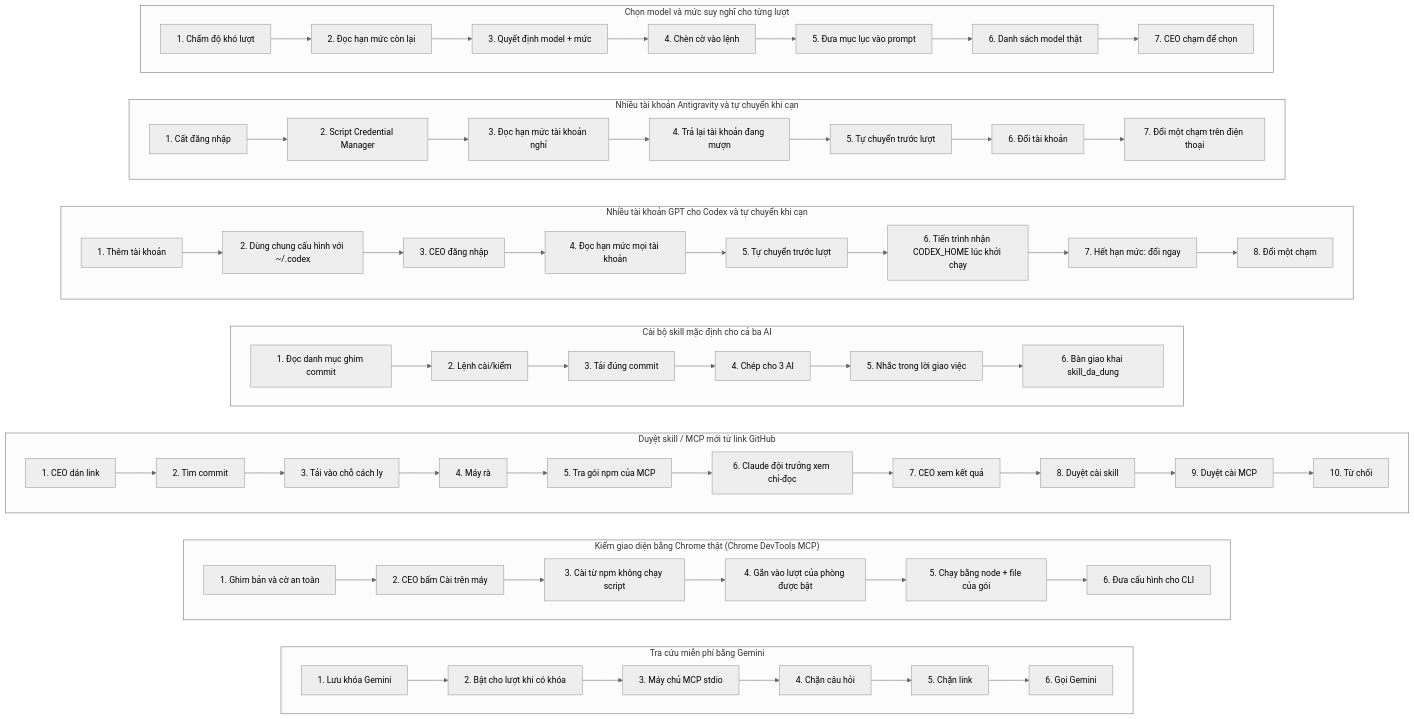
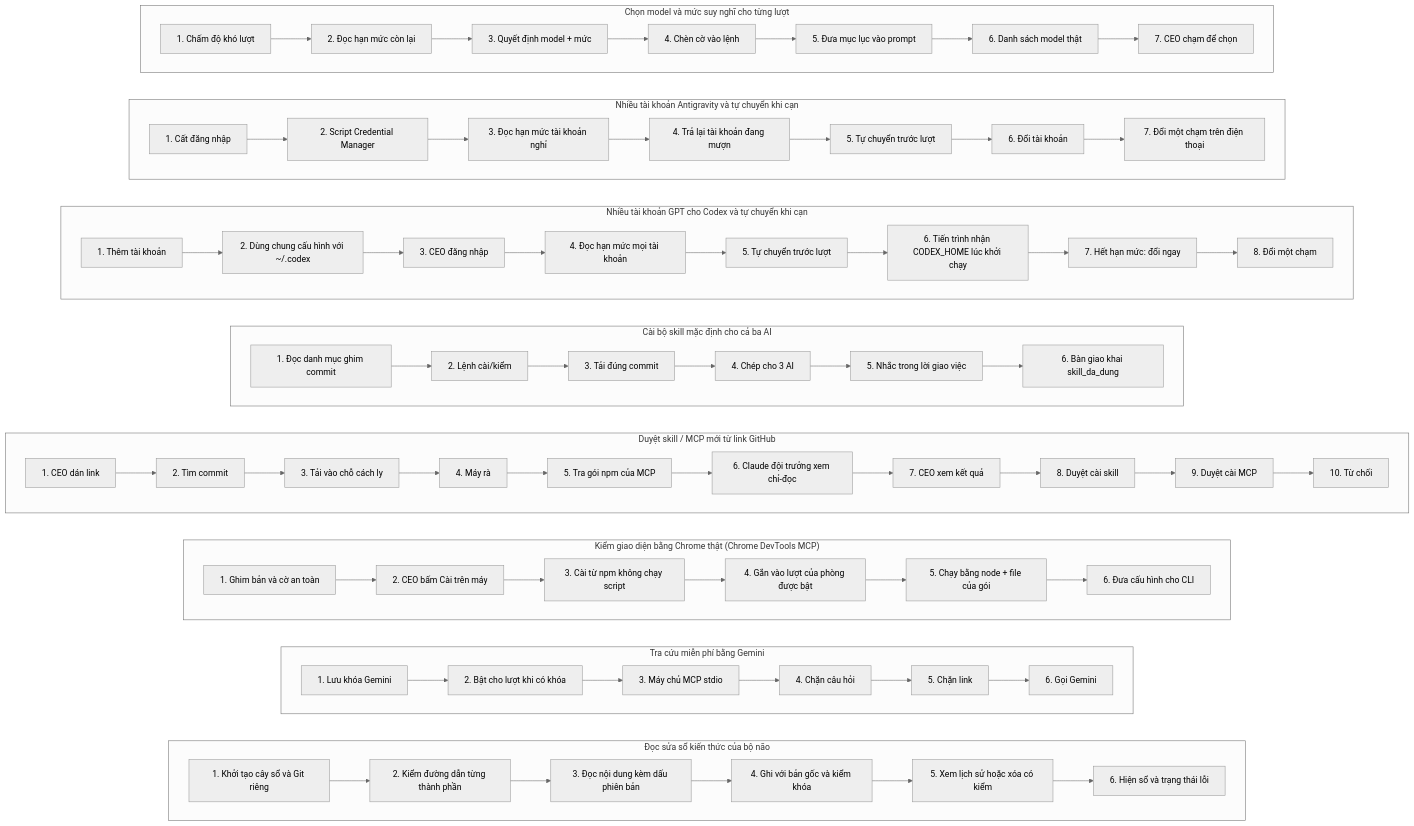
The eighth of 12 diagrams in docs/BAN-DO-HE-THONG.md (Thequancute215-sys/V-n-ph-ng-ch-nh-ph-), drawn with Mermaid (neutral theme) before and after one commit. The commit also changed other lines of this file and 4 other files, not shown here.

````diff
--- a/docs/BAN-DO-HE-THONG.md
+++ b/docs/BAN-DO-HE-THONG.md
@@ -1239,10 +1372,25 @@
     step_tra_cuu_gemini_chan_cau --> step_tra_cuu_gemini_chan_link
     step_tra_cuu_gemini_chan_link --> step_tra_cuu_gemini_goi
   end
+  subgraph flow_bo_nao_tri_thuc["Đọc sửa sổ kiến thức của bộ não"]
+    direction LR
+    step_bo_nao_tri_thuc_khoi_tao["1. Khởi tạo cây sổ và Git riêng"]
+    step_bo_nao_tri_thuc_duong_dan["2. Kiểm đường dẫn từng thành phần"]
+    step_bo_nao_tri_thuc_doc["3. Đọc nội dung kèm dấu phiên bản"]
+    step_bo_nao_tri_thuc_ghi["4. Ghi với bản gốc và kiểm khóa"]
+    step_bo_nao_tri_thuc_lich_su["5. Xem lịch sử hoặc xóa có kiểm"]
+    step_bo_nao_tri_thuc_giao_dien["6. Hiện sổ và trạng thái lỗi"]
+    step_bo_nao_tri_thuc_khoi_tao --> step_bo_nao_tri_thuc_duong_dan
+    step_bo_nao_tri_thuc_duong_dan --> step_bo_nao_tri_thuc_doc
+    step_bo_nao_tri_thuc_doc --> step_bo_nao_tri_thuc_ghi
+    step_bo_nao_tri_thuc_ghi --> step_bo_nao_tri_thuc_lich_su
+    step_bo_nao_tri_thuc_lich_su --> step_bo_nao_tri_thuc_giao_dien
+  end
   flow_dieu_phoi_model ~~~ flow_doi_tai_khoan_agy
   flow_doi_tai_khoan_agy ~~~ flow_doi_tai_khoan_gpt
   flow_doi_tai_khoan_gpt ~~~ flow_bo_skill_mac_dinh
   flow_bo_skill_mac_dinh ~~~ flow_duyet_repo_skill
   flow_duyet_repo_skill ~~~ flow_chrome_devtools_mcp
   flow_chrome_devtools_mcp ~~~ flow_tra_cuu_gemini
+  flow_tra_cuu_gemini ~~~ flow_bo_nao_tri_thuc
 ```
````
